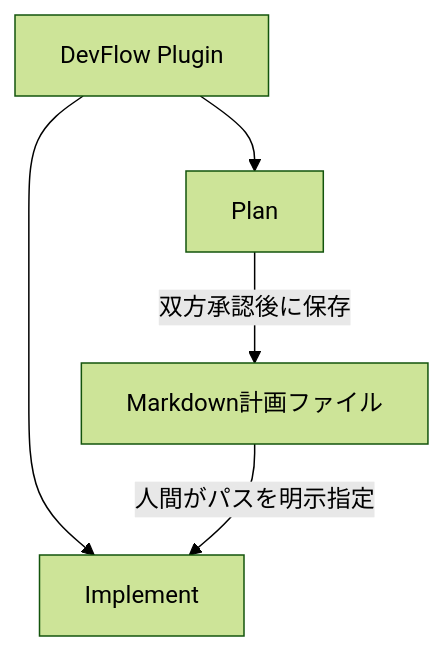
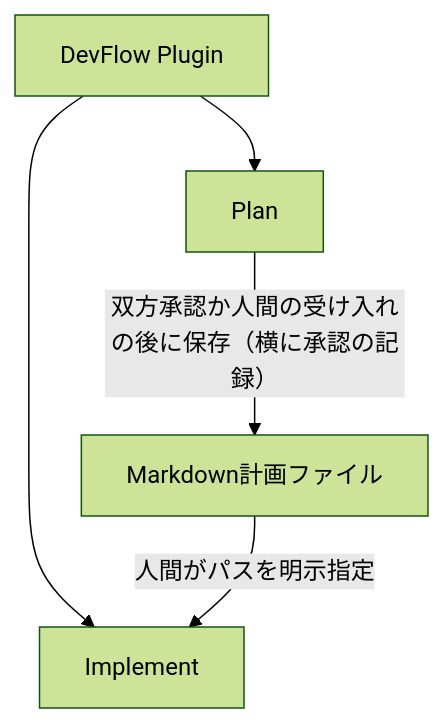
One commit to rysh25/devflow changed the first of 2 diagrams in docs/architecture.md. Above: the diagram before and after it, drawn with Mermaid (forest theme). The commit also changed other lines of this file and 40 other files, not shown here.

````diff
--- a/docs/architecture.md
+++ b/docs/architecture.md
@@ -7,7 +7,7 @@
 ```mermaid
 flowchart TD
     D[DevFlow Plugin] --> P[Plan]
     D --> B[Implement]
-    P -->|双方承認後に保存| F[Markdown計画ファイル]
+    P -->|双方承認か人間の受け入れの後に保存（横に承認の記録）| F[Markdown計画ファイル]
     F -->|人間がパスを明示指定| B
 ```
````
